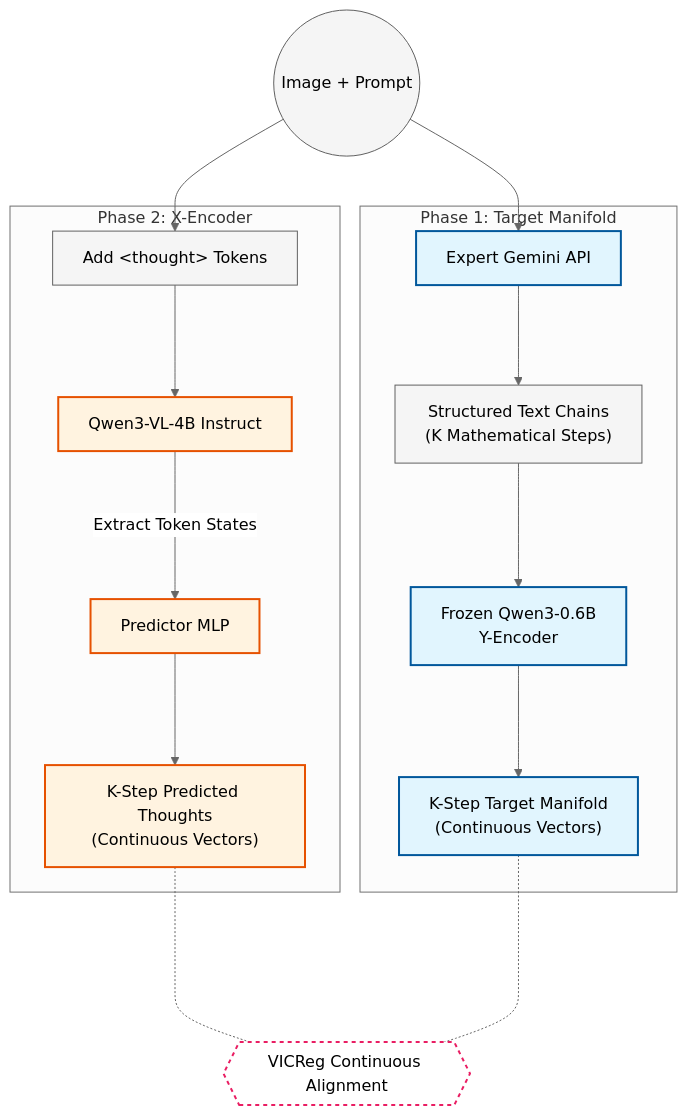
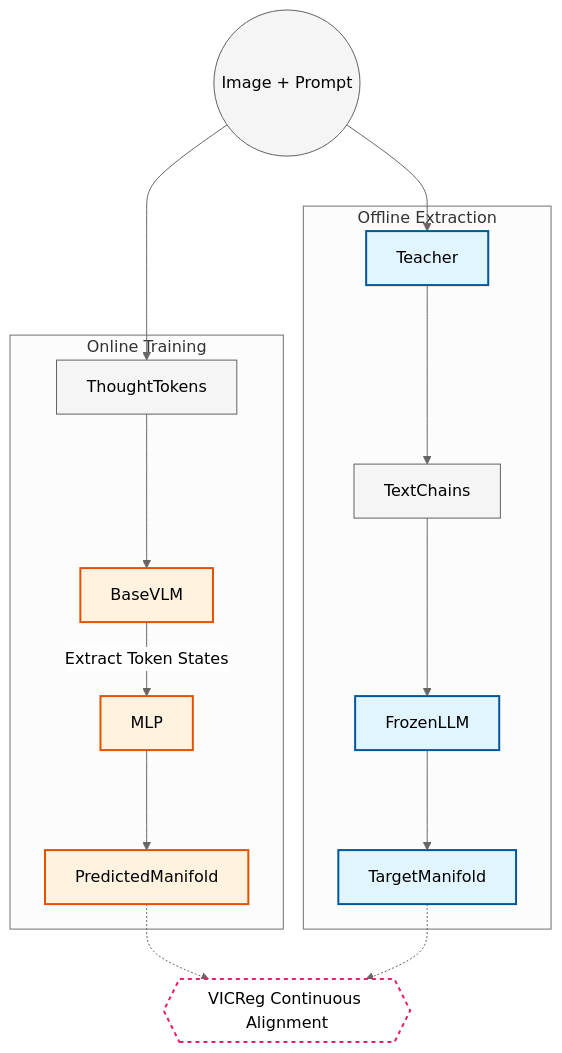
One commit to anshulsawant/MMML-Project changed the diagram in LatentEuclid.md. Above: the diagram before and after it, drawn with Mermaid (neutral theme).

Commit message:
chore: remove file

````diff
--- a/LatentEuclid.md
+++ b/LatentEuclid.md
@@ -11,43 +11,43 @@
 ```mermaid
-flowchart TD
+flowchart TB
     classDef offline fill:#e1f5fe,stroke:#01579b,stroke-width:2px;
     classDef online fill:#fff3e0,stroke:#e65100,stroke-width:2px;
     classDef data fill:#f5f5f5,stroke:#616161,stroke-width:1px;
     classDef align fill:#fff,stroke:#e91e63,stroke-width:2px,stroke-dasharray: 4 4;
 
     %% Data Inputs
-    Input((Image + Prompt)):::data
+    Input(("Image + Prompt")):::data
 
     %% Offline Teacher Sequence
-    subgraph Offline Extraction [Phase 1: Target Manifold]
-        Teacher[Expert Gemini API]:::offline
-        TextChains["Structured Text Chains<br/>(K Mathematical Steps)"]:::data
-        FrozenLLM[Frozen Qwen3-0.6B<br/>Y-Encoder]:::offline
-        TargetManifold["K-Step Target Manifold<br/>(Continuous Vectors)"]:::offline
+    subgraph Offline Extraction
+        Teacher["Teacher"]:::offline
+        TextChains["TextChains"]:::data
+        FrozenLLM["FrozenLLM"]:::offline
+        TargetManifold["TargetManifold"]:::offline
     end
 
     %% Online Prediction Sequence
-    subgraph Online Training [Phase 2: X-Encoder]
-        ThoughtTokens["Add &lt;thought&gt; Tokens"]:::data
-        BaseVLM[Qwen3-VL-4B Instruct]:::online
-        MLP[Predictor MLP]:::online
-        PredictedManifold["K-Step Predicted Thoughts<br/>(Continuous Vectors)"]:::online
+    subgraph Online Training
+        ThoughtTokens["ThoughtTokens"]:::data
+        BaseVLM["BaseVLM"]:::online
+        MLP["MLP"]:::online
+        PredictedManifold["PredictedManifold"]:::online
     end
 
     %% Alignment
-    VICReg{{VICReg Continuous Alignment}}:::align
+    VICReg{{"VICReg Continuous Alignment"}}:::align
 
     %% Graph Connections
     Input --> Teacher
     Teacher ---> TextChains
     TextChains ---> FrozenLLM
     FrozenLLM ---> TargetManifold
 
     Input --> ThoughtTokens
     ThoughtTokens ---> BaseVLM
-    BaseVLM -- "Extract Token States" ---> MLP
+    BaseVLM -->|"Extract Token States"| MLP
     MLP ---> PredictedManifold
 
-    PredictedManifold -...- VICReg
-    TargetManifold -...- VICReg
+    PredictedManifold -.-> VICReg
+    TargetManifold -.-> VICReg
 ```
````
